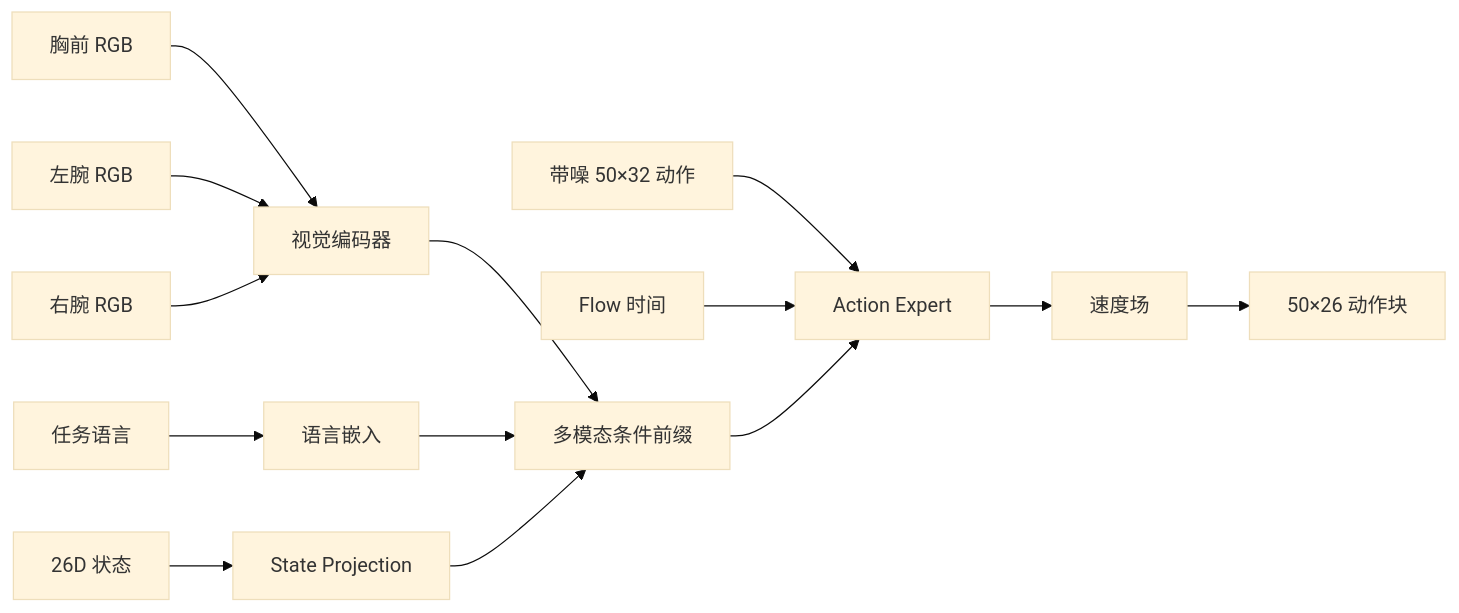
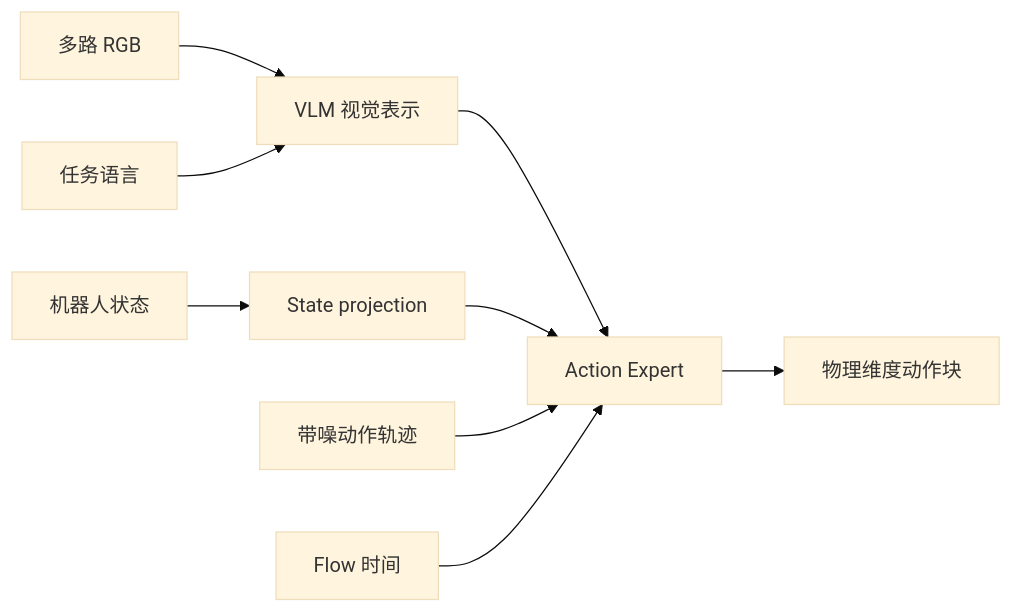
The second of 2 diagrams in s4_smolvla_isaaclab/docs/course/01-principles.md (zfy-robot/qiling_smolVLA), drawn with Mermaid (base theme) before and after one commit. The commit also changed other lines of this file and 31 other files, not shown here.

````diff
--- a/s4_smolvla_isaaclab/docs/course/01-principles.md
+++ b/s4_smolvla_isaaclab/docs/course/01-principles.md
@@ -82,16 +67,11 @@
 ```mermaid
 flowchart LR
-    C1[胸前 RGB] --> VE[视觉编码器]
-    C2[左腕 RGB] --> VE
-    C3[右腕 RGB] --> VE
-    L[任务语言] --> TE[语言嵌入]
-    S[26D 状态] --> SP[State Projection]
-    VE --> P[多模态条件前缀]
-    TE --> P
-    SP --> P
-    N[带噪 50×32 动作] --> E[Action Expert]
-    TIME[Flow 时间] --> E
-    P --> E
-    E --> V[速度场]
-    V --> A[50×26 动作块]
+    I[多路 RGB] --> V[VLM 视觉表示]
+    L[任务语言] --> V
+    S[机器人状态] --> SP[State projection]
+    V --> E[Action Expert]
+    SP --> E
+    N[带噪动作轨迹] --> E
+    T[Flow 时间] --> E
+    E --> A[物理维度动作块]
 ```
````
